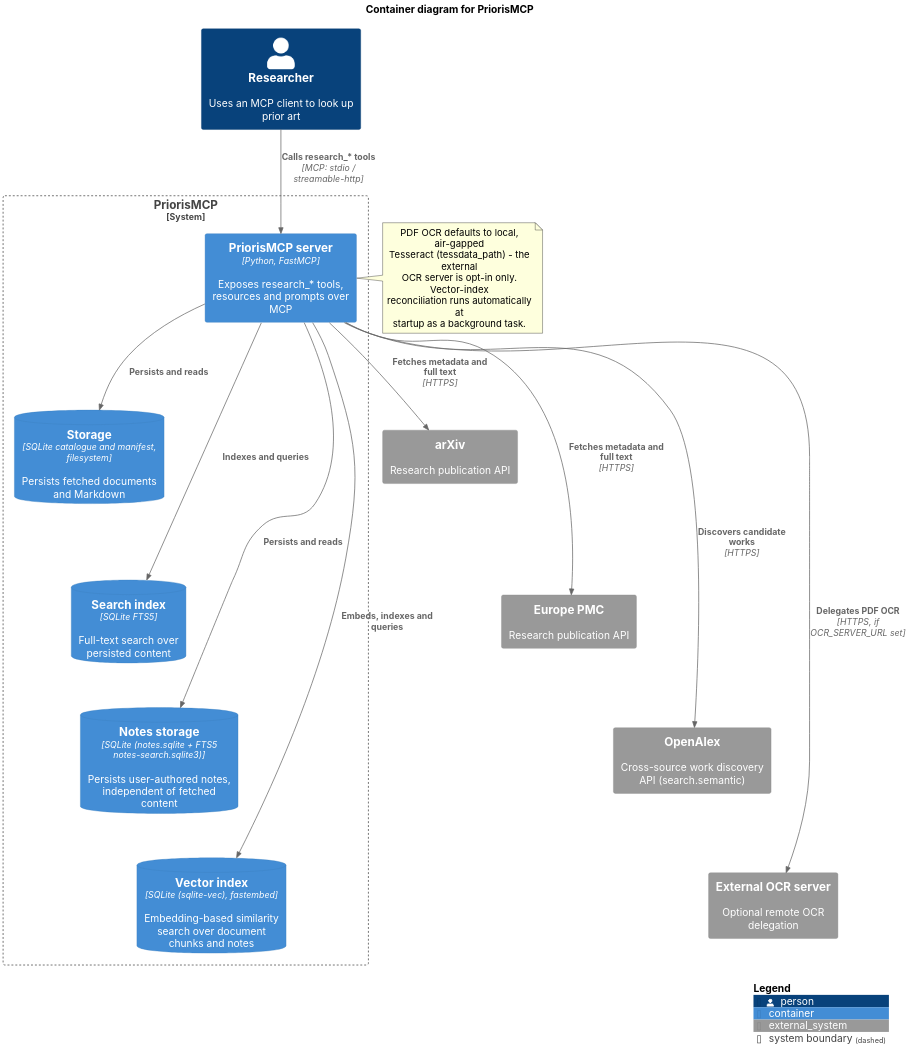
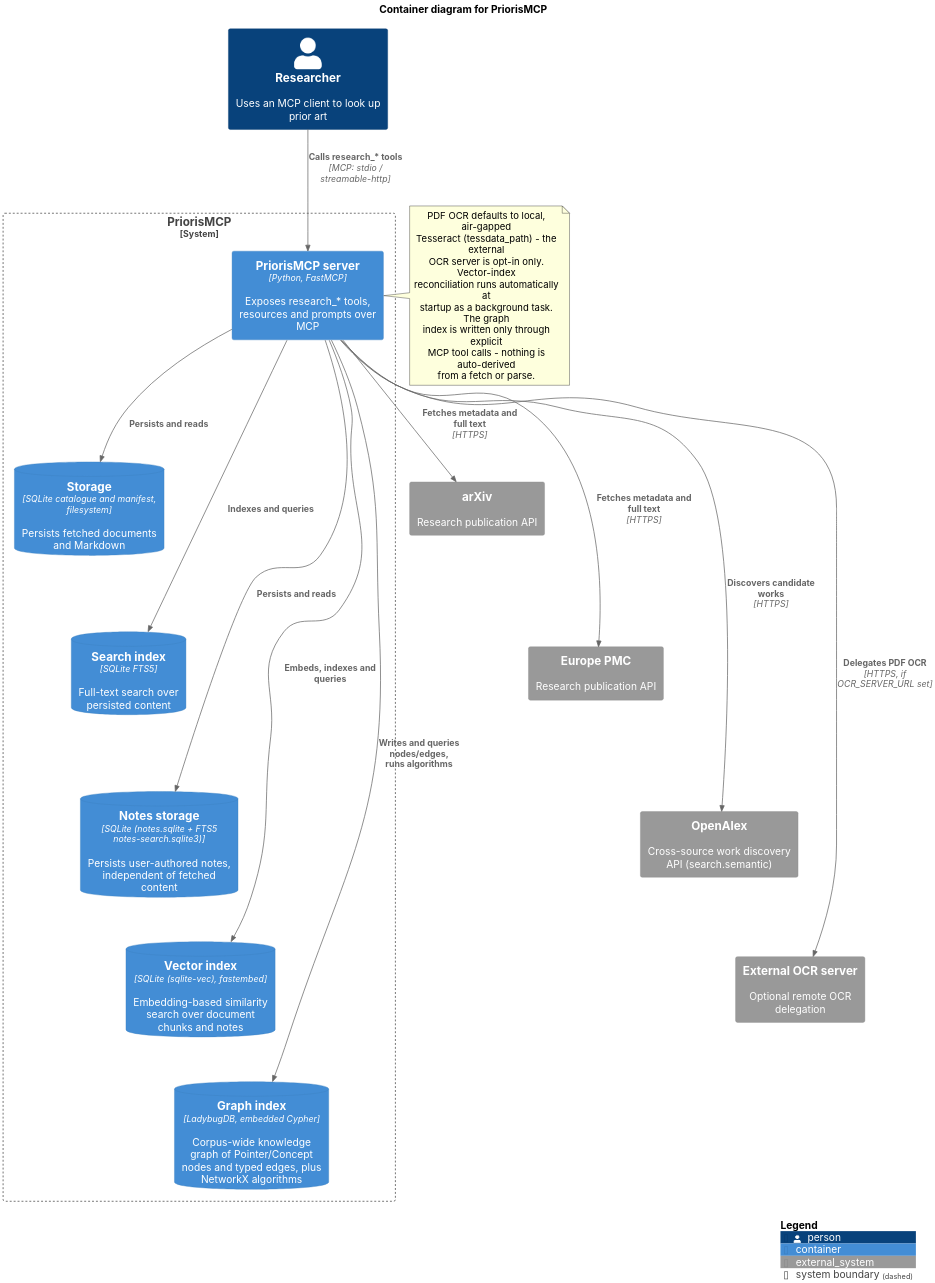
The diagram in diagrams/system-architecture-overview-c4.puml (anirbanbasu/prioris-mcp), drawn with PlantUML before and after one commit. The commit also changed 9 other files, not shown here.

First line of the commit message:
docs: Reflect the graph-search backend in diagrams and user docs

```diff
--- a/diagrams/system-architecture-overview-c4.puml
+++ b/diagrams/system-architecture-overview-c4.puml
@@ -1,53 +1,59 @@
 @startuml system-architecture-overview-c4
 !include <C4/C4_Container>
 
 skinparam defaultFontName "Inter"
 skinparam dpi 250
 
 title Container diagram for PriorisMCP
 
 LAYOUT_TOP_DOWN()
 
 Person(researcher, "Researcher", "Uses an MCP client to look up prior art")
 
 System_Boundary(c1, "PriorisMCP") {
     Container(server, "PriorisMCP server", "Python, FastMCP", "Exposes research_* tools, resources and prompts over MCP")
     ContainerDb(storage, "Storage", "SQLite catalogue and manifest, filesystem", "Persists fetched documents and Markdown")
     ContainerDb(search, "Search index", "SQLite FTS5", "Full-text search over persisted content")
     ContainerDb(notes, "Notes storage", "SQLite (notes.sqlite + FTS5 notes-search.sqlite3)", "Persists user-authored notes, independent of fetched content")
     ContainerDb(vectors, "Vector index", "SQLite (sqlite-vec), fastembed", "Embedding-based similarity search over document chunks and notes")
+    ContainerDb(graph, "Graph index", "LadybugDB, embedded Cypher", "Corpus-wide knowledge graph of Pointer/Concept nodes and typed edges, plus NetworkX algorithms")
     Lay_D(server, storage)
     Lay_D(storage, search)
     Lay_D(search, notes)
     Lay_D(notes, vectors)
+    Lay_D(vectors, graph)
 }
 
 System_Ext(arxiv, "arXiv", "Research publication API")
 System_Ext(europepmc, "Europe PMC", "Research publication API")
 System_Ext(openalex, "OpenAlex", "Cross-source work discovery API (search.semantic)")
 System_Ext(ocr, "External OCR server", "Optional remote OCR delegation")
 Lay_D(arxiv, europepmc)
 Lay_D(europepmc, openalex)
 Lay_D(openalex, ocr)
 
 Rel(researcher, server, "Calls research_* tools", "MCP: stdio / streamable-http")
 Rel(server, arxiv, "Fetches metadata and full text", "HTTPS")
 Rel(server, europepmc, "Fetches metadata and full text", "HTTPS")
 Rel(server, openalex, "Discovers candidate works", "HTTPS")
 Rel(server, ocr, "Delegates PDF OCR", "HTTPS, if OCR_SERVER_URL set")
 Rel(server, storage, "Persists and reads")
 Rel(server, search, "Indexes and queries")
 Rel(server, notes, "Persists and reads")
 Rel(server, vectors, "Embeds, indexes and queries")
+Rel(server, graph, "Writes and queries nodes/edges,\nruns algorithms")
 
 note right of server
   PDF OCR defaults to local, air-gapped
   Tesseract (tessdata_path) - the external
   OCR server is opt-in only. Vector-index
   reconciliation runs automatically at
-  startup as a background task.
+  startup as a background task. The graph
+  index is written only through explicit
+  MCP tool calls - nothing is auto-derived
+  from a fetch or parse.
 end note
 
 SHOW_LEGEND()
 
 @enduml
```
